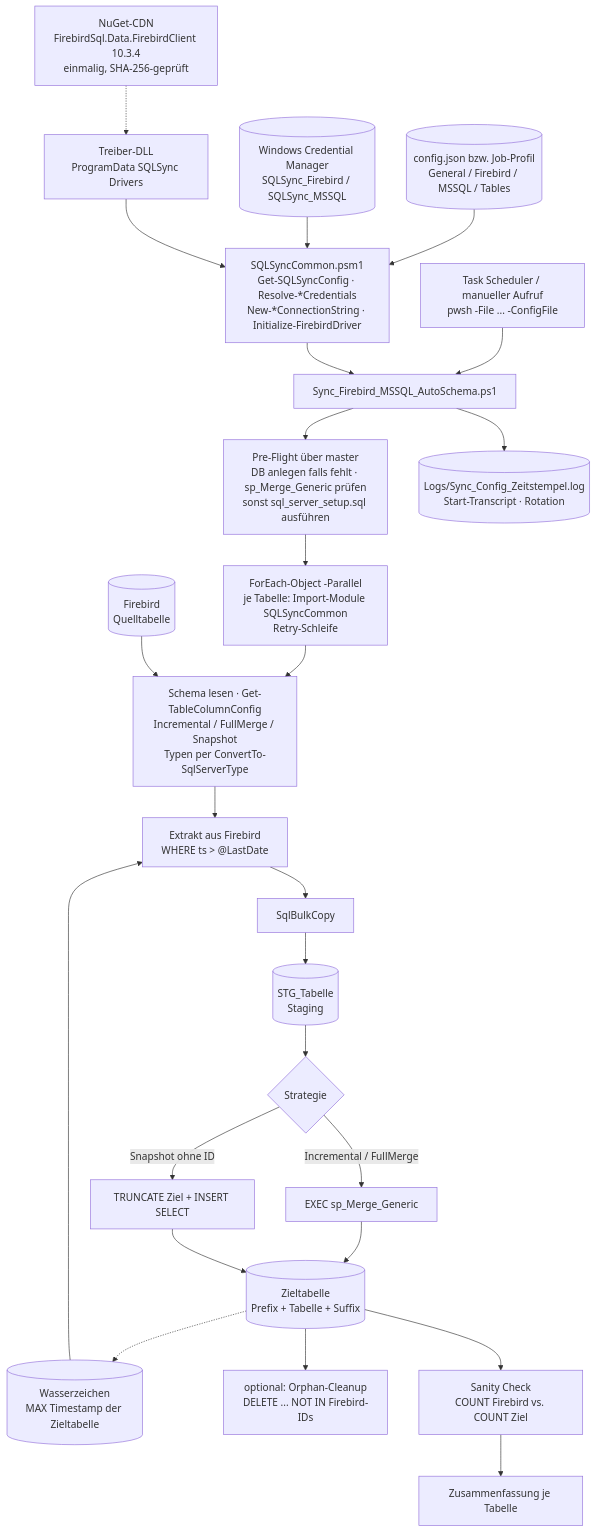
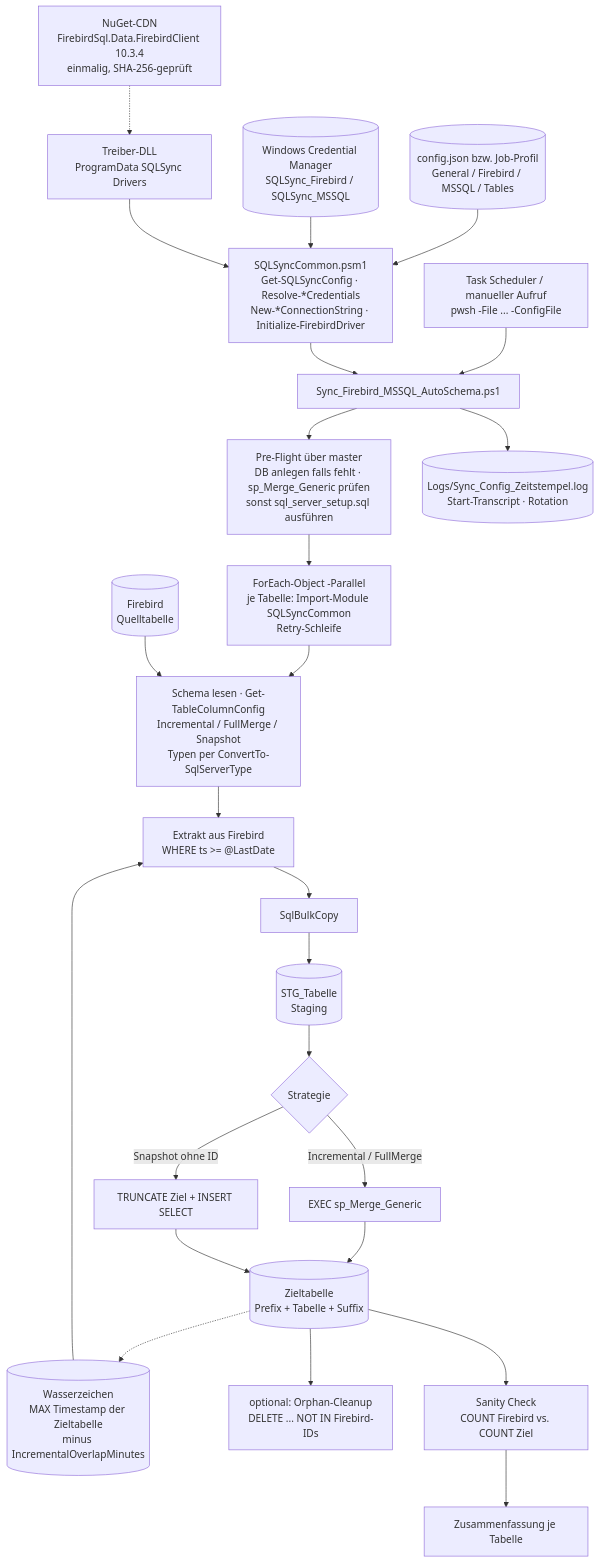
One commit to gitnol/PSFirebirdToMSSQL changed the first of 3 diagrams in docs/architecture/OVERVIEW.md. Above: the diagram before and after it, drawn with Mermaid. The commit also changed other lines of this file and 24 other files, not shown here.

````diff
--- a/docs/architecture/OVERVIEW.md
+++ b/docs/architecture/OVERVIEW.md
@@ -45,31 +45,31 @@
 ```mermaid
 flowchart TD
     TS[Task Scheduler / manueller Aufruf<br/>pwsh -File ... -ConfigFile] --> SYNC
     CFG[(config.json bzw. Job-Profil<br/>General / Firebird / MSSQL / Tables)] --> MOD
     CM[(Windows Credential Manager<br/>SQLSync_Firebird / SQLSync_MSSQL)] --> MOD
     NUGET[NuGet-CDN<br/>FirebirdSql.Data.FirebirdClient 10.3.4<br/>einmalig, SHA-256-geprüft] -.-> DRV
     DRV[Treiber-DLL<br/>ProgramData SQLSync Drivers] --> MOD
 
     MOD[SQLSyncCommon.psm1<br/>Get-SQLSyncConfig · Resolve-*Credentials<br/>New-*ConnectionString · Initialize-FirebirdDriver] --> SYNC
 
     SYNC[Sync_Firebird_MSSQL_AutoSchema.ps1] --> PF
     PF[Pre-Flight über master<br/>DB anlegen falls fehlt · sp_Merge_Generic prüfen<br/>sonst sql_server_setup.sql ausführen] --> PAR
 
     PAR[ForEach-Object -Parallel<br/>je Tabelle: Import-Module SQLSyncCommon<br/>Retry-Schleife] --> SCH
     FB[(Firebird<br/>Quelltabelle)] --> SCH
     SCH[Schema lesen · Get-TableColumnConfig<br/>Incremental / FullMerge / Snapshot<br/>Typen per ConvertTo-SqlServerType] --> EXT
-    WM[(Wasserzeichen<br/>MAX Timestamp der Zieltabelle)] --> EXT
-    EXT[Extrakt aus Firebird<br/>WHERE ts > @LastDate] --> BULK
+    WM[(Wasserzeichen<br/>MAX Timestamp der Zieltabelle<br/>minus IncrementalOverlapMinutes)] --> EXT
+    EXT[Extrakt aus Firebird<br/>WHERE ts >= @LastDate] --> BULK
     BULK[SqlBulkCopy] --> STG[(STG_Tabelle<br/>Staging)]
     STG --> MERGE{Strategie}
     MERGE -->|Incremental / FullMerge| SP[EXEC sp_Merge_Generic]
     MERGE -->|Snapshot ohne ID| SNAP[TRUNCATE Ziel + INSERT SELECT]
     SP --> TGT[(Zieltabelle<br/>Prefix + Tabelle + Suffix)]
     SNAP --> TGT
     TGT -.-> WM
     TGT --> ORPH[optional: Orphan-Cleanup<br/>DELETE ... NOT IN Firebird-IDs]
     TGT --> SAN[Sanity Check<br/>COUNT Firebird vs. COUNT Ziel]
     SAN --> SUM[Zusammenfassung je Tabelle]
 
     SYNC --> LOG[(Logs/Sync_Config_Zeitstempel.log<br/>Start-Transcript · Rotation)]
 ```
````
